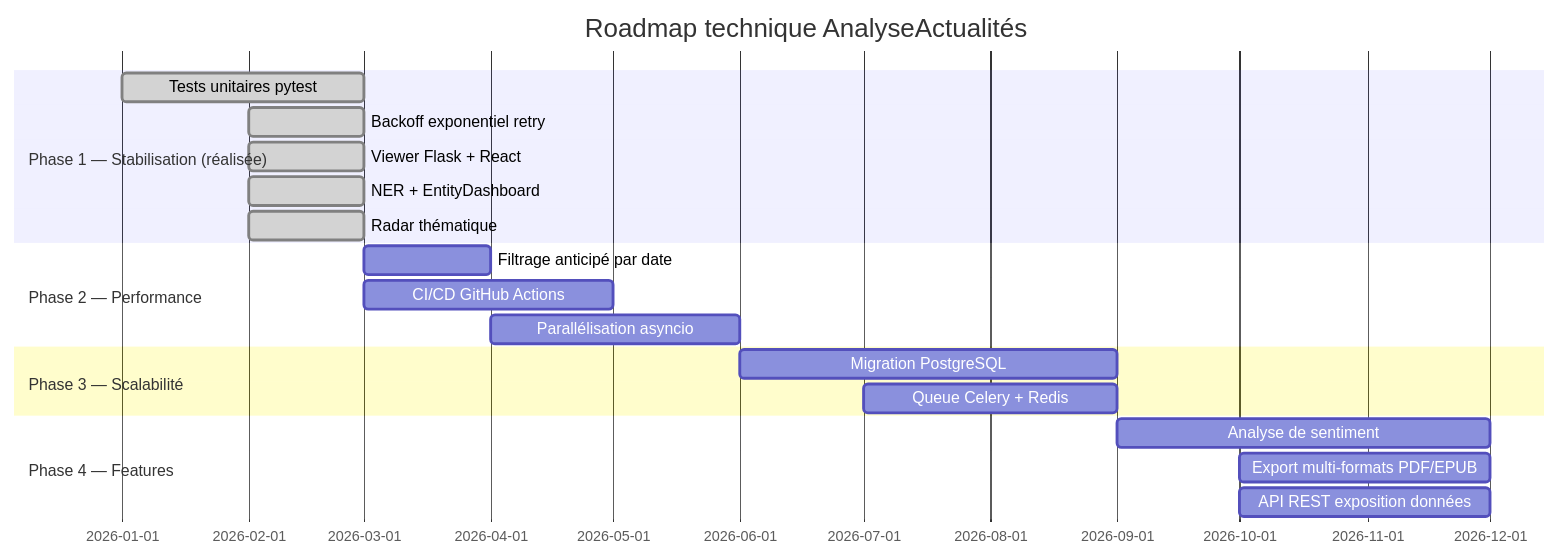
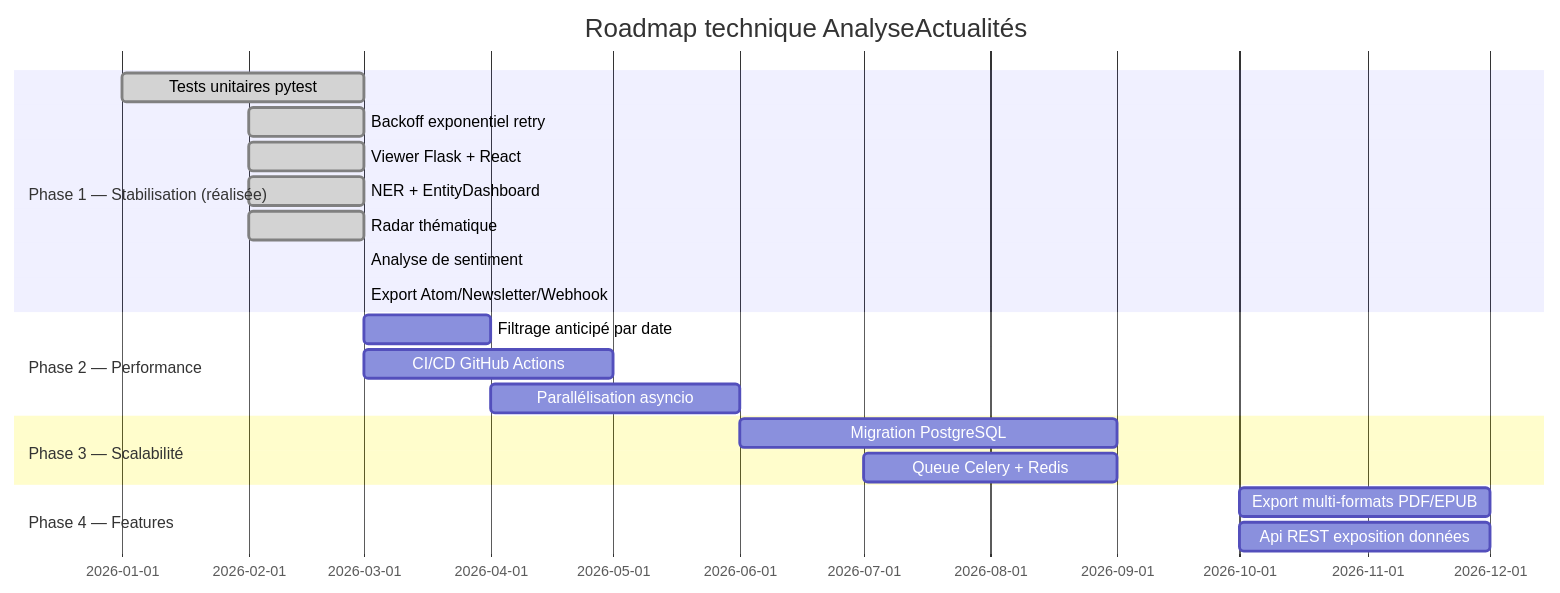
Diagram 11 of 11 in docs/ARCHITECTURE.md (pat-the-geek/AnalyseActualites), drawn with Mermaid before and after one commit. The commit also changed other lines of this file and 23 other files, not shown here.

First line of the commit message:
feat: sentiment, export & diffusion, tendances, biais éditoriaux, doc v4.2

````diff
--- a/docs/ARCHITECTURE.md
+++ b/docs/ARCHITECTURE.md
@@ -929,22 +941,23 @@
 ```mermaid
 gantt
     title Roadmap technique AnalyseActualités
     dateFormat  YYYY-MM
     section Phase 1 — Stabilisation (réalisée)
     Tests unitaires pytest           :done, 2026-01, 2026-03
     Backoff exponentiel retry        :done, 2026-02, 2026-03
     Viewer Flask + React             :done, 2026-02, 2026-03
     NER + EntityDashboard            :done, 2026-02, 2026-03
     Radar thématique                 :done, 2026-02, 2026-03
+    Analyse de sentiment             :done, 2026-03, 2026-03
+    Export Atom/Newsletter/Webhook   :done, 2026-03, 2026-03
     section Phase 2 — Performance
     Filtrage anticipé par date       :2026-03, 2026-04
     CI/CD GitHub Actions             :2026-03, 2026-05
     Parallélisation asyncio          :2026-04, 2026-06
     section Phase 3 — Scalabilité
     Migration PostgreSQL              :2026-06, 2026-09
     Queue Celery + Redis              :2026-07, 2026-09
     section Phase 4 — Features
-    Analyse de sentiment              :2026-09, 2026-12
     Export multi-formats PDF/EPUB     :2026-10, 2026-12
-    API REST exposition données       :2026-10, 2026-12
+    Api REST exposition données       :2026-10, 2026-12
 ```
````
